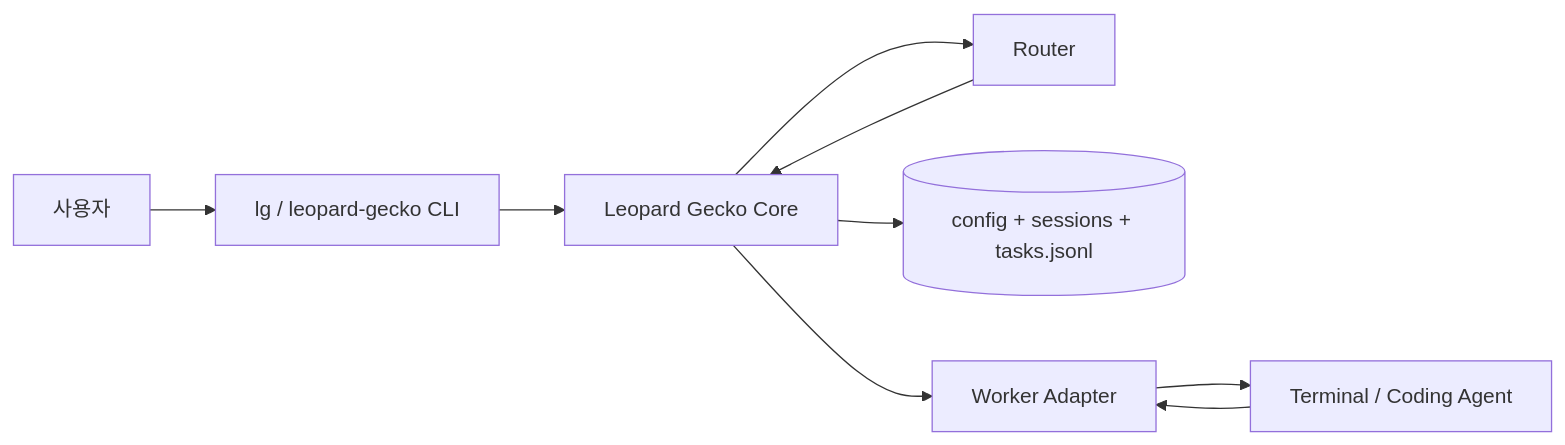
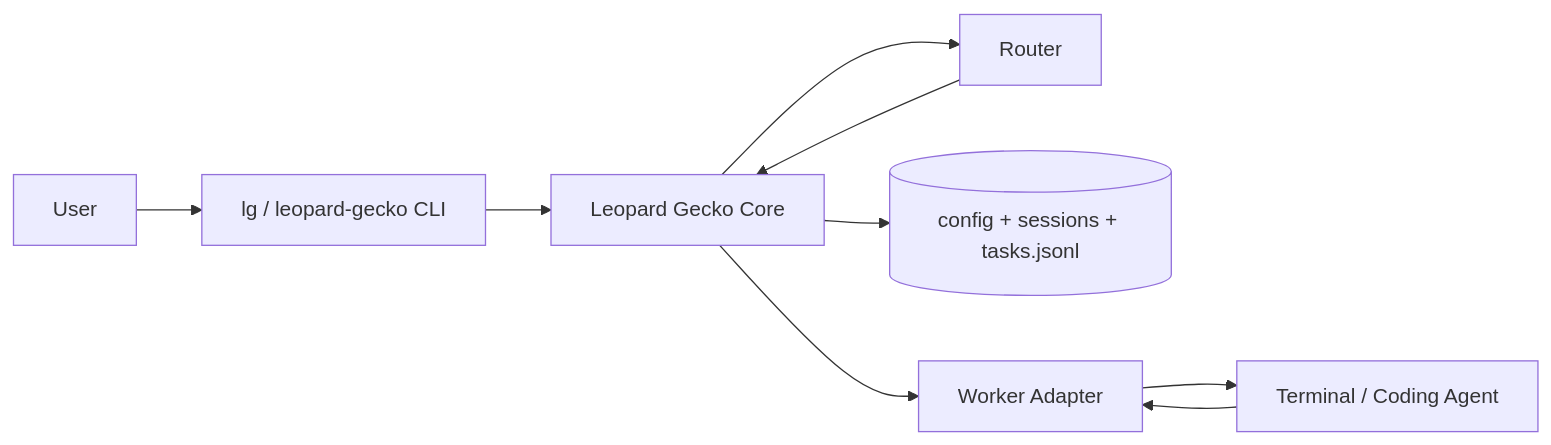
Before and after one commit to Royaltyprogram/leopard-gecko: the diagram in docs/technical-spec.md, drawn with Mermaid. The commit also changed other lines of this file and 52 other files, not shown here.

````diff
--- a/docs/technical-spec.md
+++ b/docs/technical-spec.md
@@ -19,11 +19,11 @@
 ```mermaid
 flowchart LR
-  User[사용자] --> CLI[lg / leopard-gecko CLI]
+  User[User] --> CLI[lg / leopard-gecko CLI]
   CLI --> Core[Leopard Gecko Core]
   Core --> Router[Router]
   Core --> Store[(config + sessions + tasks.jsonl)]
   Router --> Core
   Core --> Adapter[Worker Adapter]
   Adapter --> Term[Terminal / Coding Agent]
   Term --> Adapter
 ```
````
